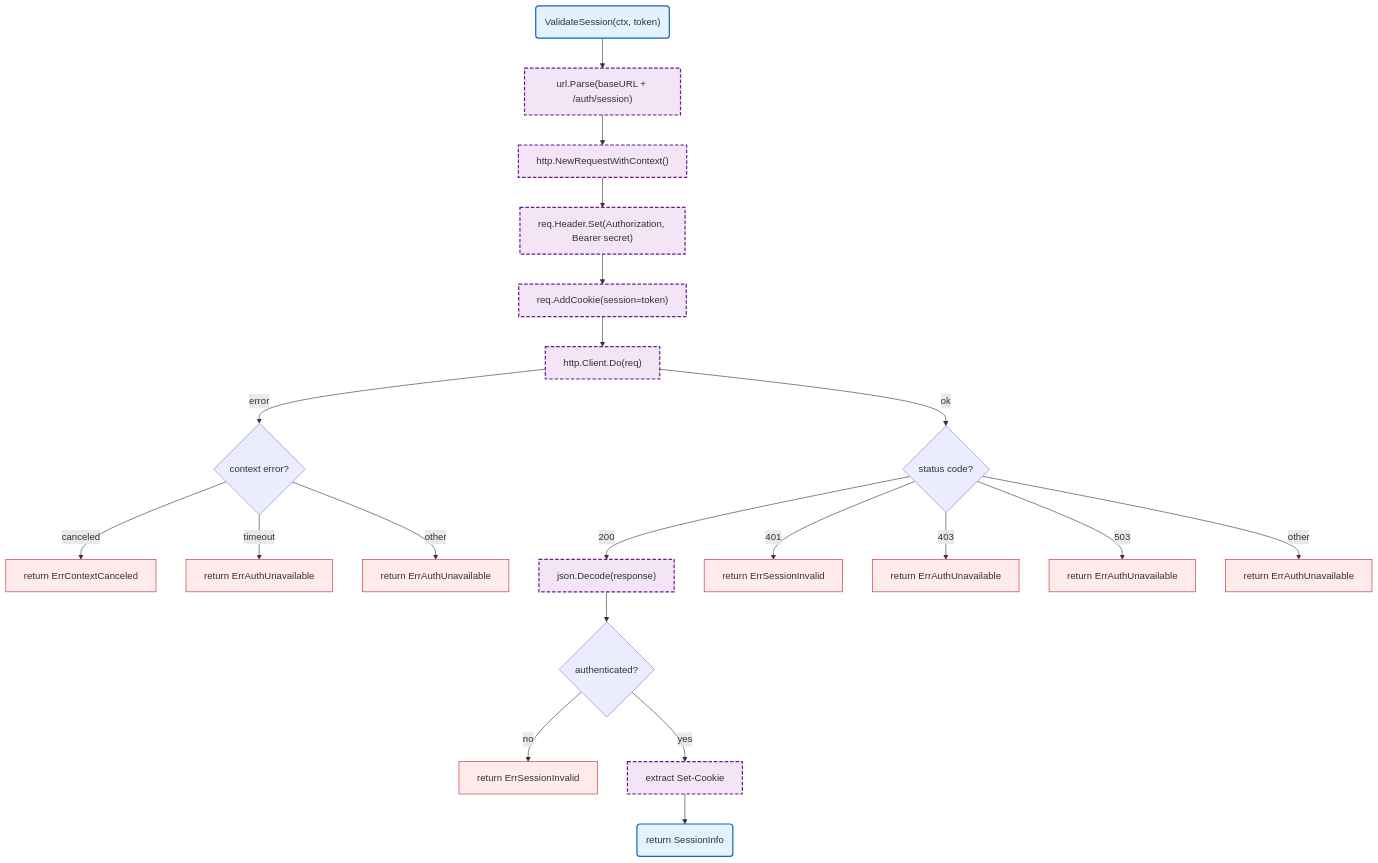
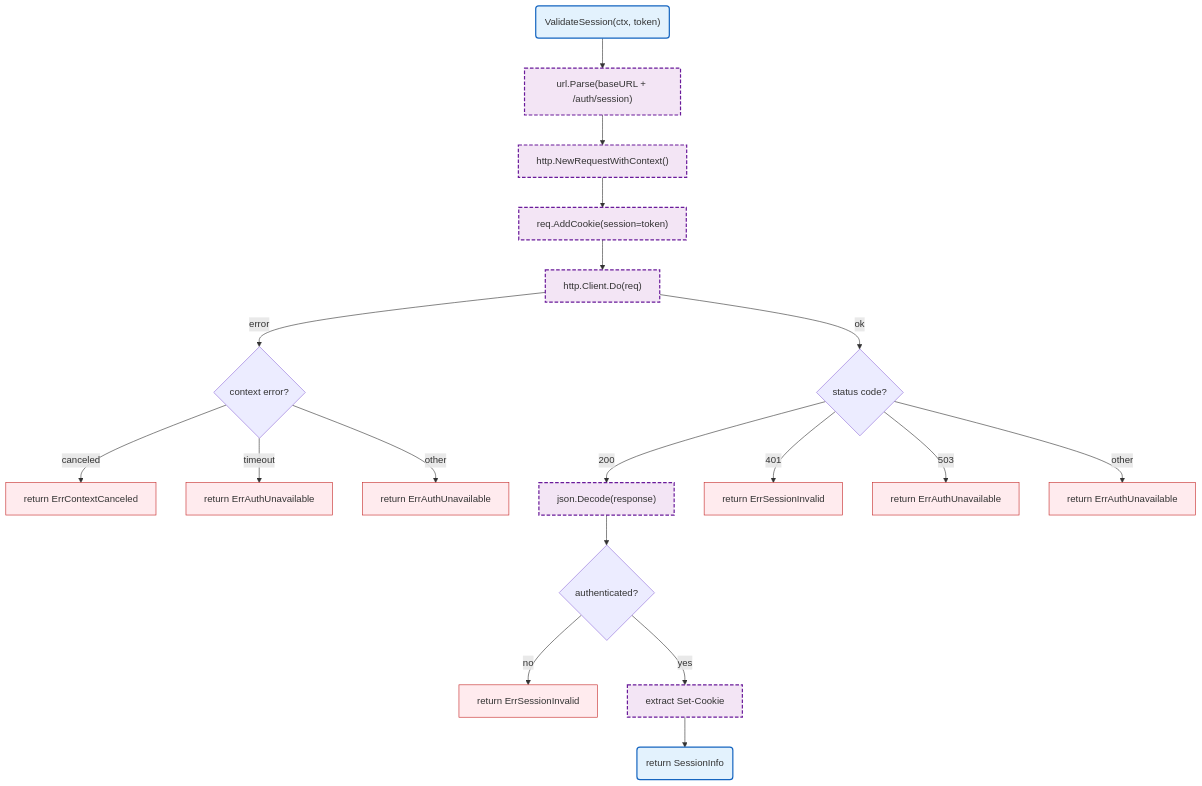
The diagram in docs/internal/auth.md (radch-ai/ava), drawn with Mermaid before and after one commit. The commit also changed other lines of this file and 36 other files, not shown here.

````diff
--- a/docs/internal/auth.md
+++ b/docs/internal/auth.md
@@ -7,30 +7,28 @@
 ```mermaid
 flowchart TB
     Start("ValidateSession(ctx, token)") --> BuildURL["url.Parse(baseURL + /auth/session)"]
     BuildURL --> CreateReq["http.NewRequestWithContext()"]
-    CreateReq --> AddHeaders["req.Header.Set(Authorization, Bearer secret)"]
-    AddHeaders --> AddCookie["req.AddCookie(session=token)"]
+    CreateReq --> AddCookie["req.AddCookie(session=token)"]
     AddCookie --> DoReq["http.Client.Do(req)"]
     DoReq -->|error| CheckErr{context error?}
     CheckErr -->|canceled| ErrCanceled["return ErrContextCanceled"]
     CheckErr -->|timeout| ErrUnavailable["return ErrAuthUnavailable"]
     CheckErr -->|other| ErrOther["return ErrAuthUnavailable"]
     DoReq -->|ok| CheckStatus{status code?}
     CheckStatus -->|200| DecodeResp["json.Decode(response)"]
     CheckStatus -->|401| ErrInvalid["return ErrSessionInvalid"]
-    CheckStatus -->|403| ErrForbidden["return ErrAuthUnavailable"]
     CheckStatus -->|503| ErrUnavailable2["return ErrAuthUnavailable"]
     CheckStatus -->|other| ErrUnexpected["return ErrAuthUnavailable"]
     DecodeResp --> CheckAuth{authenticated?}
     CheckAuth -->|no| ErrInvalid2["return ErrSessionInvalid"]
     CheckAuth -->|yes| ExtractCookie["extract Set-Cookie"]
     ExtractCookie --> Done("return SessionInfo")
 
     classDef mainFn fill:#e3f2fd,stroke:#1565c0,stroke-width:2px
     classDef internalFn fill:#f3e5f5,stroke:#6a1b9a,stroke-width:2px,stroke-dasharray:6 3
     classDef errorFlow fill:#ffebee,stroke:#c62828,stroke-width:1px
 
     class Start,Done mainFn
-    class ErrCanceled,ErrUnavailable,ErrOther,ErrInvalid,ErrForbidden,ErrUnavailable2,ErrUnexpected,ErrInvalid2 errorFlow
-    class BuildURL,CreateReq,AddHeaders,AddCookie,DoReq,DecodeResp,ExtractCookie internalFn
+    class ErrCanceled,ErrUnavailable,ErrOther,ErrInvalid,ErrUnavailable2,ErrUnexpected,ErrInvalid2 errorFlow
+    class BuildURL,CreateReq,AddCookie,DoReq,DecodeResp,ExtractCookie internalFn
 ```
````
